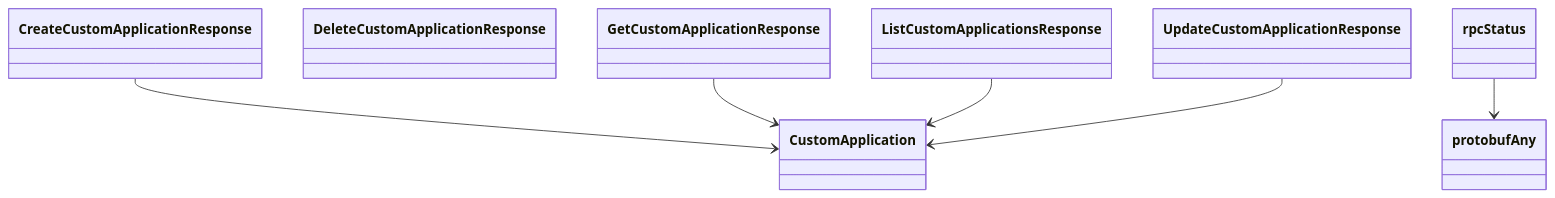
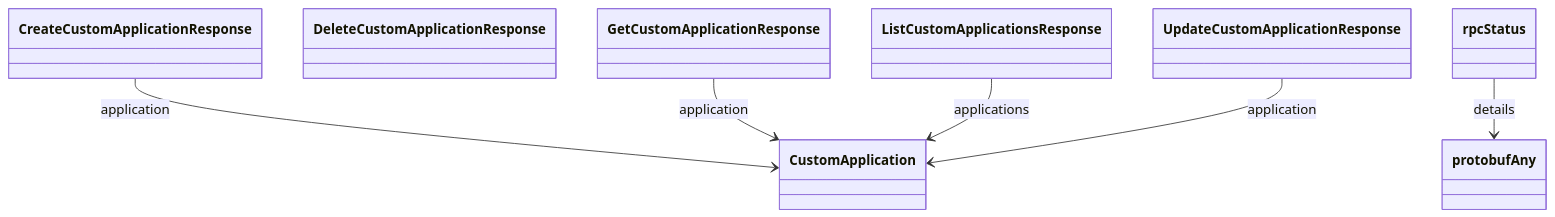
Before and after one commit to alexdearaujo/community_sdk_python: diagram 12 of 12 in docs/sphinx/services/custom_application.md, drawn with Mermaid. The commit also changed other lines of this file and 129 other files, not shown here.

````diff
--- a/docs/sphinx/services/custom_application.md
+++ b/docs/sphinx/services/custom_application.md
@@ -409,16 +430,16 @@
 ```mermaid
 classDiagram
     class CreateCustomApplicationResponse
     class CustomApplication
     class DeleteCustomApplicationResponse
     class GetCustomApplicationResponse
     class ListCustomApplicationsResponse
     class UpdateCustomApplicationResponse
     class protobufAny
     class rpcStatus
-    CreateCustomApplicationResponse --> CustomApplication
-    GetCustomApplicationResponse --> CustomApplication
-    ListCustomApplicationsResponse --> CustomApplication
-    UpdateCustomApplicationResponse --> CustomApplication
-    rpcStatus --> protobufAny
+    CreateCustomApplicationResponse --> CustomApplication : application
+    GetCustomApplicationResponse --> CustomApplication : application
+    ListCustomApplicationsResponse --> CustomApplication : applications
+    UpdateCustomApplicationResponse --> CustomApplication : application
+    rpcStatus --> protobufAny : details
 ```
````
